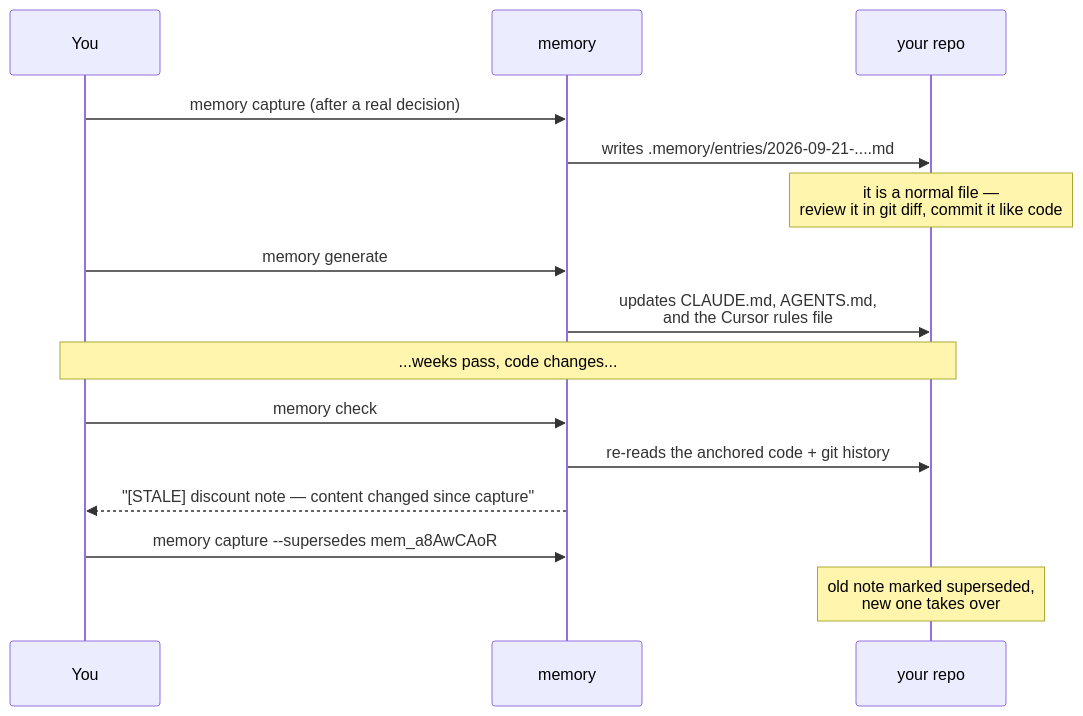
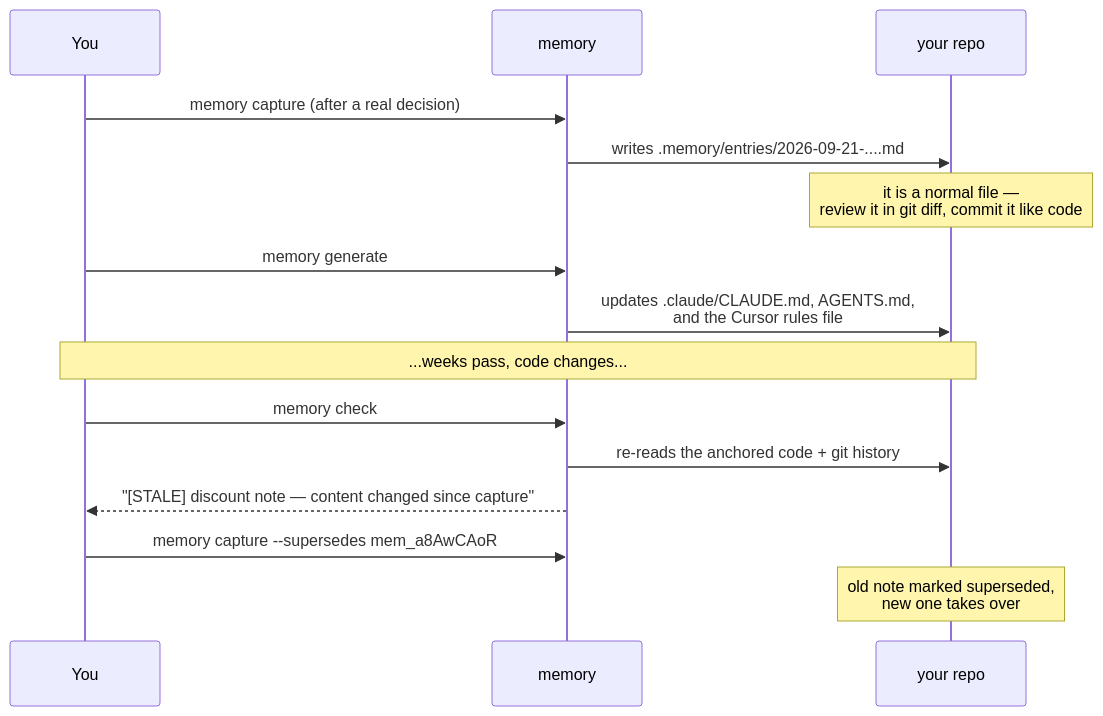
One commit to kishore600/ctx-memory changed the second of 3 diagrams in README.md. Above: the diagram before and after it, drawn with Mermaid. The commit also changed other lines of this file and 5 other files, not shown here.

First line of the commit message:
feat: write project memory to .claude/CLAUDE.md instead of the repo root

````diff
--- a/README.md
+++ b/README.md
@@ -229,22 +232,22 @@
 ```mermaid
 sequenceDiagram
     participant You
     participant Tool as memory
     participant Repo as your repo
 
     You->>Tool: memory capture (after a real decision)
     Tool->>Repo: writes .memory/entries/2026-09-21-....md
     Note over Repo: it is a normal file —<br/>review it in git diff, commit it like code
 
     You->>Tool: memory generate
-    Tool->>Repo: updates CLAUDE.md, AGENTS.md,<br/>and the Cursor rules file
+    Tool->>Repo: updates .claude/CLAUDE.md, AGENTS.md,<br/>and the Cursor rules file
 
     Note over You,Repo: ...weeks pass, code changes...
 
     You->>Tool: memory check
     Tool->>Repo: re-reads the anchored code + git history
     Tool-->>You: "[STALE] discount note — content changed since capture"
 
     You->>Tool: memory capture --supersedes mem_a8AwCAoR
     Note over Repo: old note marked superseded,<br/>new one takes over
 ```
````
